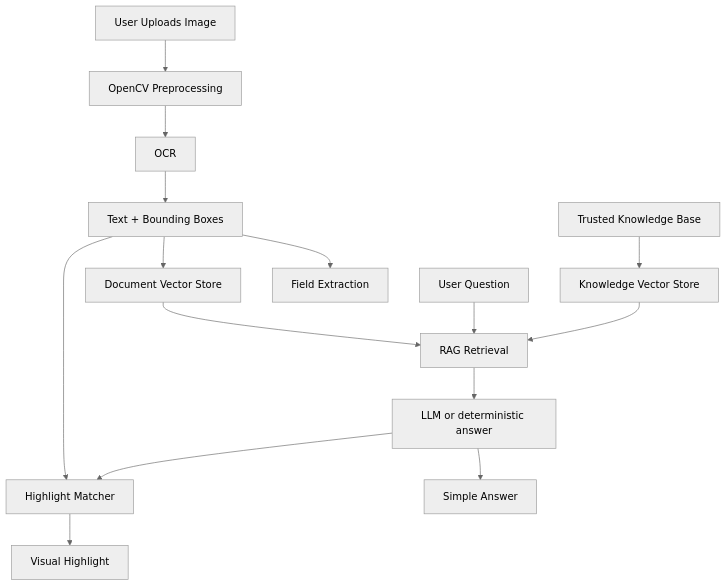
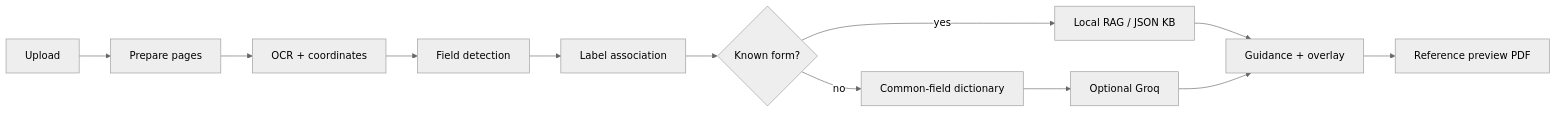
The diagram in README.md (aryan220105/ai-document-medicine-reader), drawn with Mermaid (neutral theme) before and after one commit. The commit also changed other lines of this file and 8 other files, not shown here.

First line of the commit message:
docs: document FormSathi setup, privacy, and Docker

````diff
--- a/README.md
+++ b/README.md
@@ -46,17 +42,14 @@
 ```mermaid
-flowchart TD
-    A[User Uploads Image] --> B[OpenCV Preprocessing]
-    B --> C[OCR]
-    C --> D[Text + Bounding Boxes]
-    D --> E[Field Extraction]
-    D --> F[Document Vector Store]
-    G[Trusted Knowledge Base] --> H[Knowledge Vector Store]
-    I[User Question] --> J[RAG Retrieval]
-    F --> J
-    H --> J
-    J --> K[LLM or deterministic answer]
-    K --> L[Simple Answer]
-    D --> M[Highlight Matcher]
-    K --> M
-    M --> N[Visual Highlight]
+flowchart LR
+  upload[Upload] --> pages[Prepare pages]
+  pages --> ocr[OCR + coordinates]
+  ocr --> detect[Field detection]
+  detect --> labels[Label association]
+  labels --> match{Known form?}
+  match -->|yes| rag[Local RAG / JSON KB]
+  match -->|no| dict[Common-field dictionary]
+  dict --> groq[Optional Groq]
+  rag --> ui[Guidance + overlay]
+  groq --> ui
+  ui --> preview[Reference preview PDF]
 ```
````
